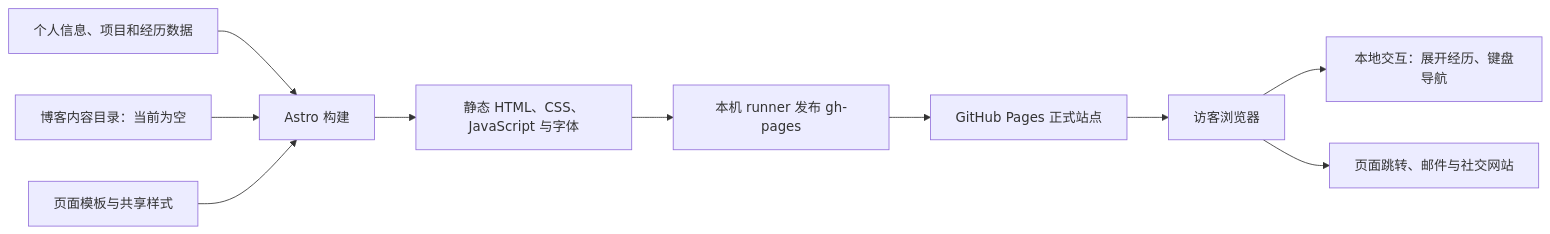
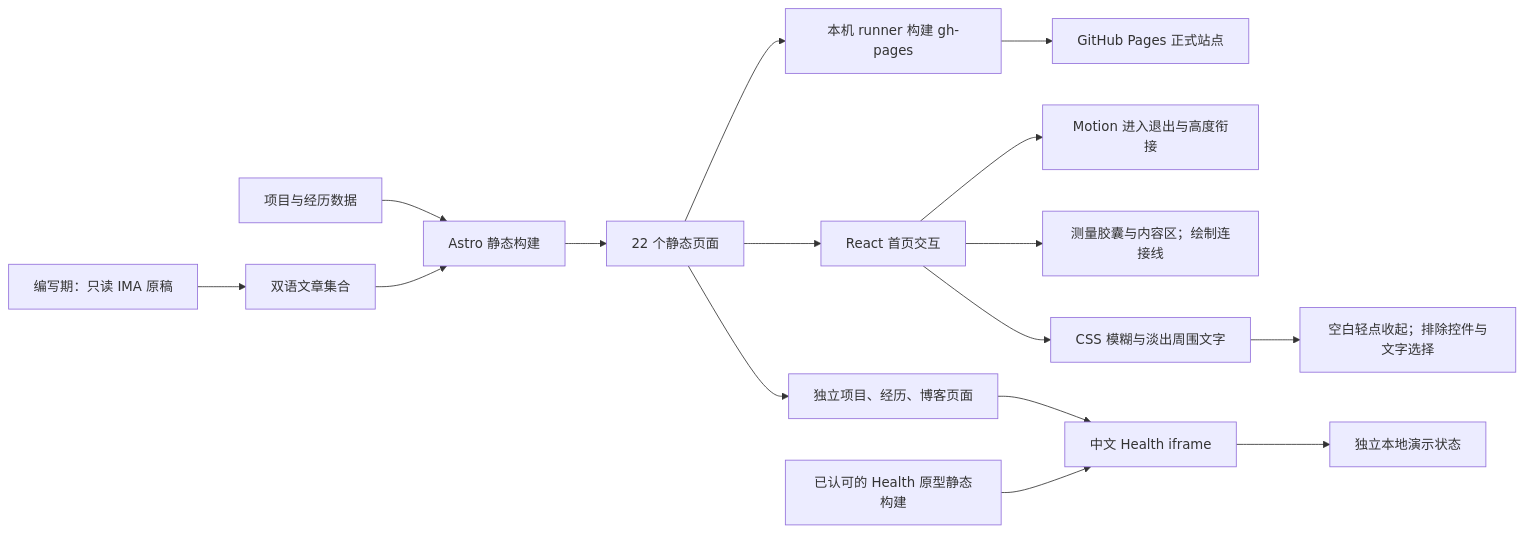
Before and after one commit to joevilcai666/joevilcai666.github.io: the second of 2 diagrams in HOW_IT_WORKS.md, drawn with Mermaid. The commit also changed other lines of this file and 72 other files, not shown here.

````diff
--- a/HOW_IT_WORKS.md
+++ b/HOW_IT_WORKS.md
@@ -11,12 +53,18 @@
 ```mermaid
 flowchart LR
-  Data[个人信息、项目和经历数据] --> Build[Astro 构建]
-  Posts[博客内容目录：当前为空] --> Build
-  Templates[页面模板与共享样式] --> Build
-  Build --> Files[静态 HTML、CSS、JavaScript 与字体]
-  Files --> Publish[本机 runner 发布 gh-pages]
-  Publish --> Pages[GitHub Pages 正式站点]
-  Pages --> Browser[访客浏览器]
-  Browser --> Local[本地交互：展开经历、键盘导航]
-  Browser --> Links[页面跳转、邮件与社交网站]
+  Data[项目与经历数据] --> Astro[Astro 静态构建]
+  Posts[双语文章集合] --> Astro
+  IMA[编写期：只读 IMA 原稿] --> Posts
+  Astro --> HTML[22 个静态页面]
+  HTML --> Runner[本机 runner 构建 gh-pages]
+  Runner --> Live[GitHub Pages 正式站点]
+  HTML --> Client[React 首页交互]
+  Client --> Motion[Motion 进入退出与高度衔接]
+  Client --> Geometry[测量胶囊与内容区；绘制连接线]
+  Client --> Focus[CSS 模糊与淡出周围文字]
+  Focus --> Dismiss[空白轻点收起；排除控件与文字选择]
+  HTML --> Pages[独立项目、经历、博客页面]
+  Pages --> Frame[中文 Health iframe]
+  Bundle[已认可的 Health 原型静态构建] --> Frame
+  Frame --> Demo[独立本地演示状态]
 ```
````
